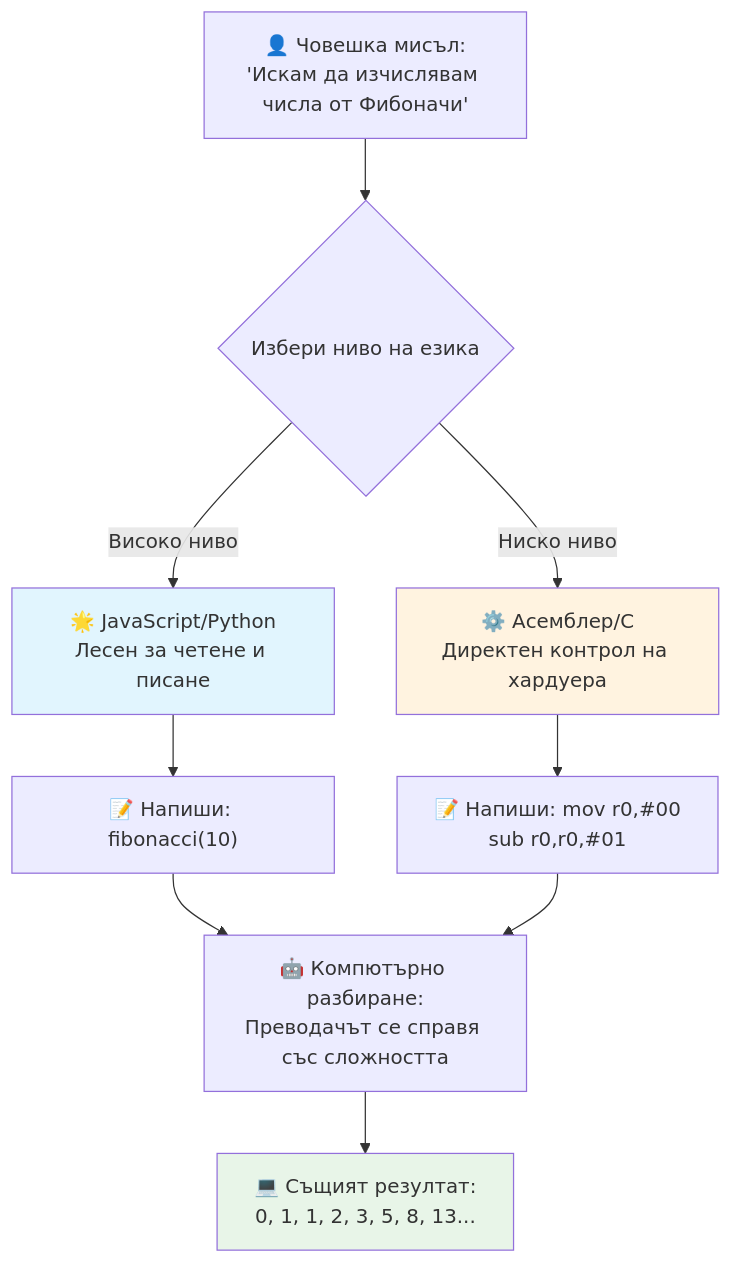
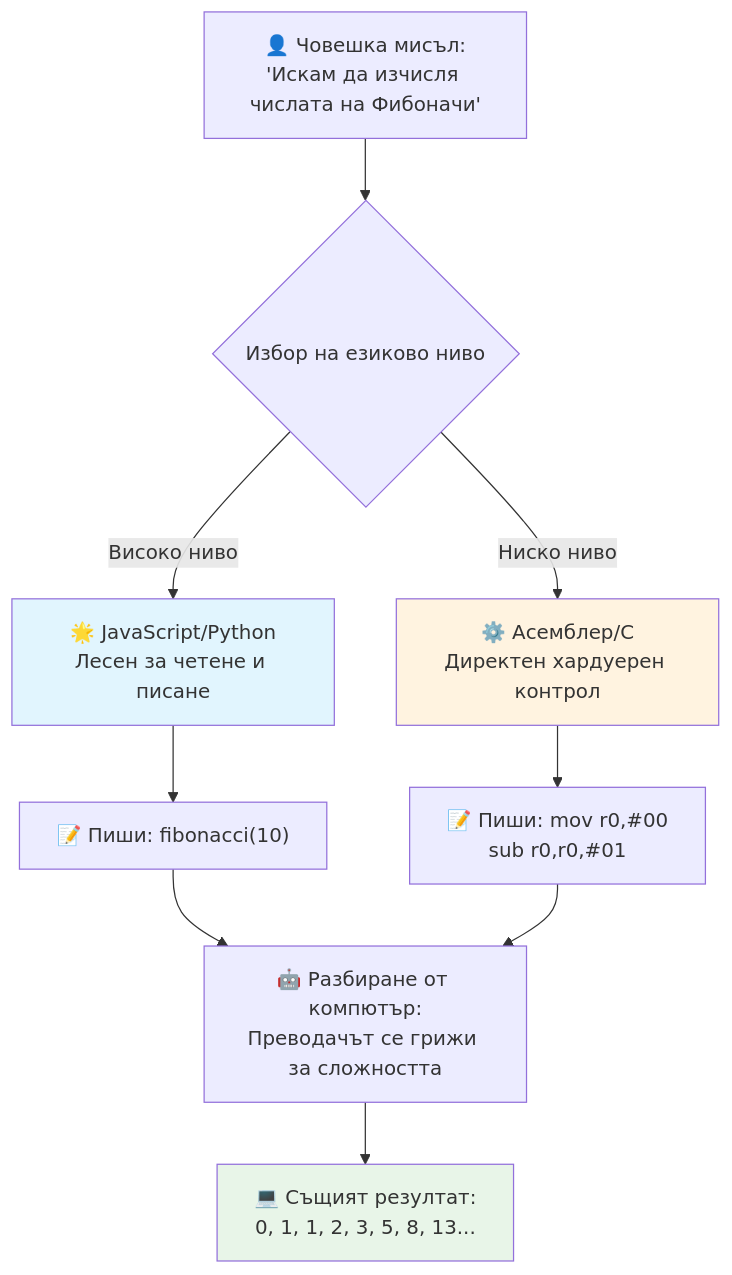
One commit to microsoft/Web-Dev-For-Beginners changed the third of 7 diagrams in translations/bg/1-getting-started-lessons/1-intro-to-programming-languages/README.md. Above: the diagram before and after it, drawn with Mermaid. The commit also changed other lines of this file and 11 other files, not shown here.

````diff
--- a/translations/bg/1-getting-started-lessons/1-intro-to-programming-languages/README.md
+++ b/translations/bg/1-getting-started-lessons/1-intro-to-programming-languages/README.md
@@ -147,19 +147,19 @@
 ```mermaid
 flowchart TB
-    A["👤 Човешка мисъл:<br/>'Искам да изчислявам числа от Фибоначи'"] --> B{Избери ниво на езика}
+    A["👤 Човешка мисъл:<br/>'Искам да изчисля числата на Фибоначи'"] --> B{Избор на езиково ниво}
     
     B -->|Високо ниво| C["🌟 JavaScript/Python<br/>Лесен за четене и писане"]
-    B -->|Ниско ниво| D["⚙️ Асемблер/C<br/>Директен контрол на хардуера"]
+    B -->|Ниско ниво| D["⚙️ Асемблер/C<br/>Директен хардуерен контрол"]
     
-    C --> E["📝 Напиши: fibonacci(10)"]
-    D --> F["📝 Напиши: mov r0,#00<br/>sub r0,r0,#01"]
+    C --> E["📝 Пиши: fibonacci(10)"]
+    D --> F["📝 Пиши: mov r0,#00<br/>sub r0,r0,#01"]
     
-    E --> G["🤖 Компютърно разбиране:<br/>Преводачът се справя със сложността"]
+    E --> G["🤖 Разбиране от компютър:<br/>Преводачът се грижи за сложността"]
     F --> G
     
     G --> H["💻 Същият резултат:<br/>0, 1, 1, 2, 3, 5, 8, 13..."]
     
     style C fill:#e1f5fe
     style D fill:#fff3e0
     style H fill:#e8f5e8
 ```
````
